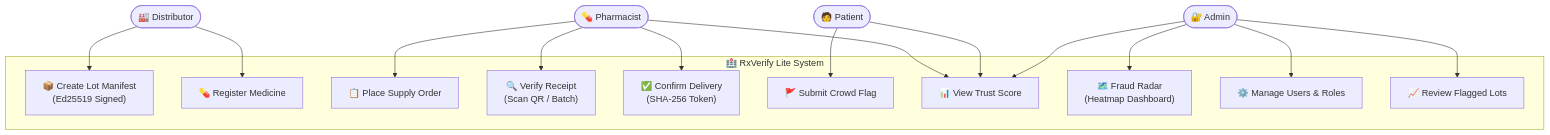
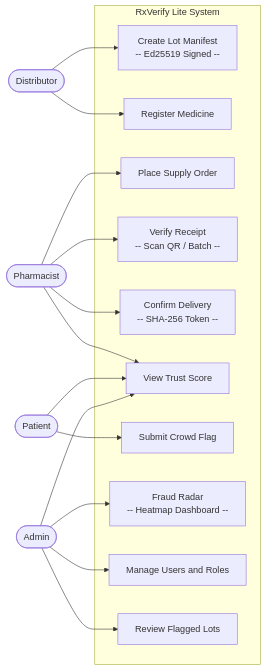
Before and after one commit to Voste126/RX-VERIFY-: the first of 6 diagrams in SYSTEM_DESIGN_DIAGRAMS.md, drawn with Mermaid.

Commit message:
FIX: the UML diagram corrections

````diff
--- a/SYSTEM_DESIGN_DIAGRAMS.md
+++ b/SYSTEM_DESIGN_DIAGRAMS.md
@@ -9,33 +9,37 @@
 ```mermaid
-flowchart TB
-    subgraph RxVerify["🏥 RxVerify Lite System"]
-        UC1["📦 Create Lot Manifest\n(Ed25519 Signed)"]
-        UC2["💊 Register Medicine"]
-        UC3["📋 Place Supply Order"]
-        UC4["🔍 Verify Receipt\n(Scan QR / Batch)"]
-        UC5["✅ Confirm Delivery\n(SHA-256 Token)"]
-        UC6["🚩 Submit Crowd Flag"]
-        UC7["📊 View Trust Score"]
-        UC8["🗺️ Fraud Radar\n(Heatmap Dashboard)"]
-        UC9["⚙️ Manage Users & Roles"]
-        UC10["📈 Review Flagged Lots"]
+flowchart LR
+    Distributor(["Distributor"])
+    Pharmacist(["Pharmacist"])
+
+    subgraph RxVerify["RxVerify Lite System"]
+        UC1["Create Lot Manifest\n-- Ed25519 Signed --"]
+        UC2["Register Medicine"]
+        UC3["Place Supply Order"]
+        UC4["Verify Receipt\n-- Scan QR / Batch --"]
+        UC5["Confirm Delivery\n-- SHA-256 Token --"]
+        UC7["View Trust Score"]
+        UC6["Submit Crowd Flag"]
+        UC8["Fraud Radar\n-- Heatmap Dashboard --"]
+        UC9["Manage Users and Roles"]
+        UC10["Review Flagged Lots"]
     end
 
-    Distributor(["🏭 Distributor"])
-    Pharmacist(["💊 Pharmacist"])
-    Patient(["🧑 Patient"])
-    Admin(["🔐 Admin"])
+    Patient(["Patient"])
+    Admin(["Admin"])
 
     Distributor --> UC1
     Distributor --> UC2
+
     Pharmacist --> UC3
     Pharmacist --> UC4
     Pharmacist --> UC5
     Pharmacist --> UC7
+
     Patient --> UC6
     Patient --> UC7
+
     Admin --> UC8
     Admin --> UC9
     Admin --> UC10
     Admin --> UC7
 ```
````
